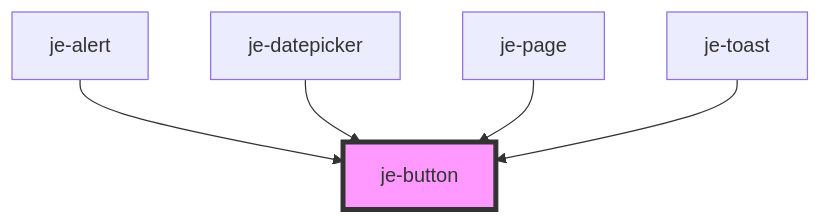
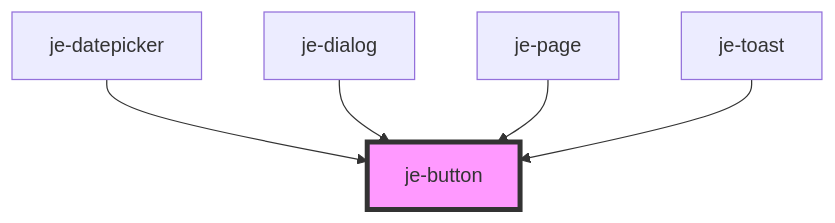
The diagram in packages/docs/docs/components/je-button/readme.md (pgreen00/jebamo), drawn with Mermaid before and after one commit. The commit also changed other lines of this file and 23 other files, not shown here.

````diff
--- a/packages/docs/docs/components/je-button/readme.md
+++ b/packages/docs/docs/components/je-button/readme.md
@@ -55,8 +40,8 @@
 ```mermaid
 graph TD;
-  je-alert --> je-button
   je-datepicker --> je-button
+  je-dialog --> je-button
   je-page --> je-button
   je-toast --> je-button
   style je-button fill:#f9f,stroke:#333,stroke-width:4px
 ```
````
